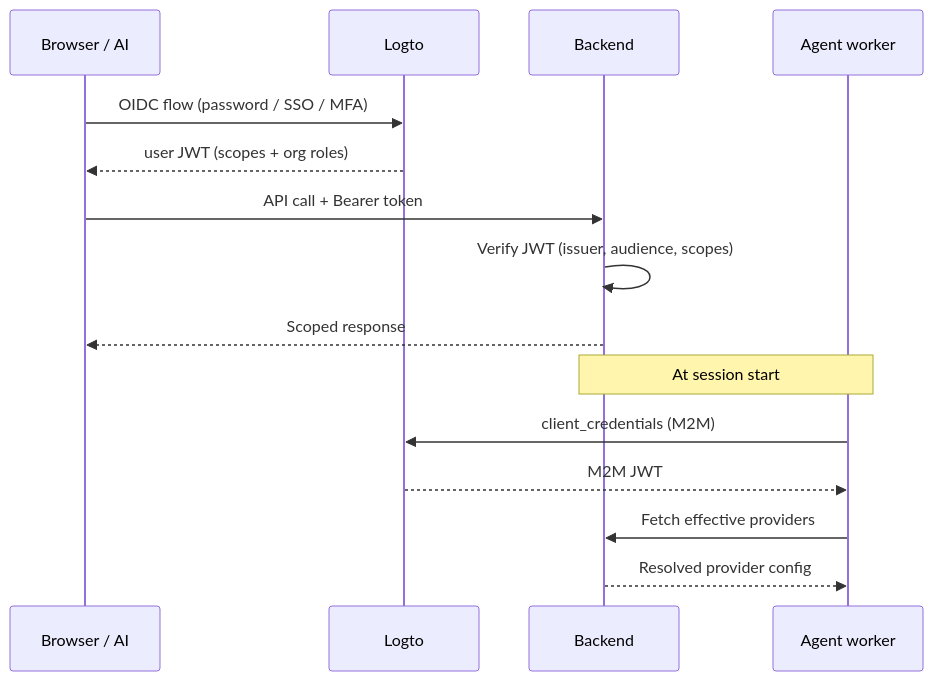
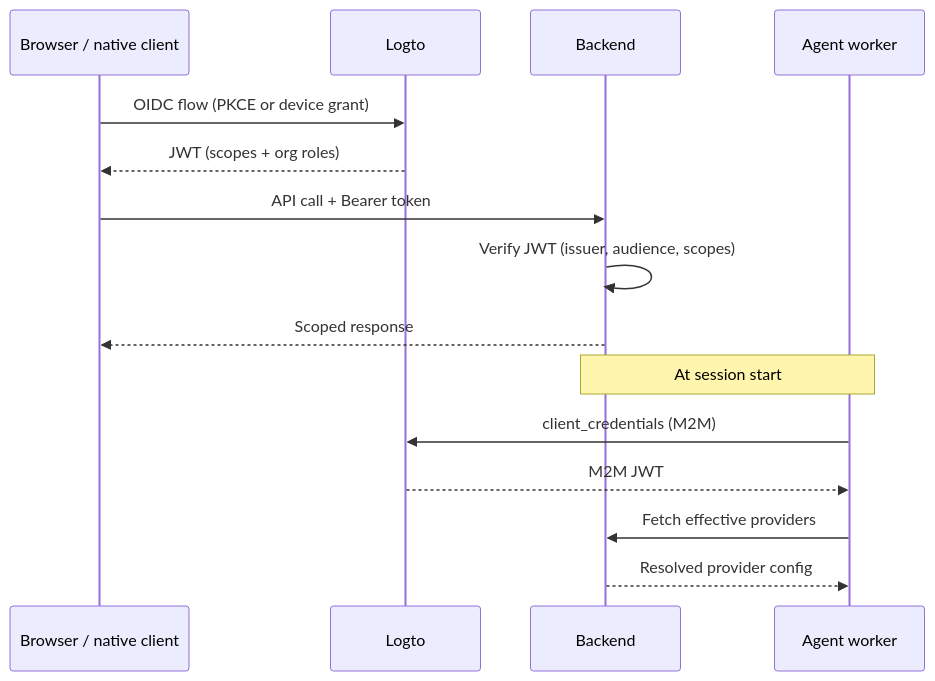
The first of 3 diagrams in platform/security.mdx (Aico-Systems/docs), drawn with Mermaid before and after one commit. The commit also changed other lines of this file and 10 other files, not shown here.

````diff
--- a/platform/security.mdx
+++ b/platform/security.mdx
@@ -8,19 +20,19 @@
 ```mermaid
 sequenceDiagram
-    participant U as Browser / AI
+    participant U as Browser / native client
     participant LG as Logto
     participant BE as Backend
     participant AGT as Agent worker
 
-    U->>LG: OIDC flow (password / SSO / MFA)
-    LG-->>U: user JWT (scopes + org roles)
+    U->>LG: OIDC flow (PKCE or device grant)
+    LG-->>U: JWT (scopes + org roles)
     U->>BE: API call + Bearer token
     BE->>BE: Verify JWT (issuer, audience, scopes)
     BE-->>U: Scoped response
 
     Note over AGT,BE: At session start
     AGT->>LG: client_credentials (M2M)
     LG-->>AGT: M2M JWT
     AGT->>BE: Fetch effective providers
     BE-->>AGT: Resolved provider config
 ```
````
